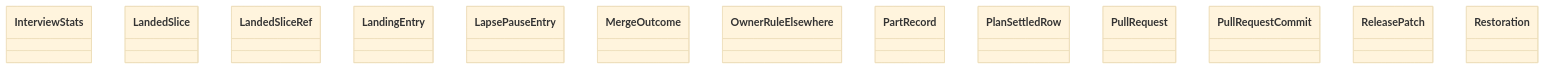
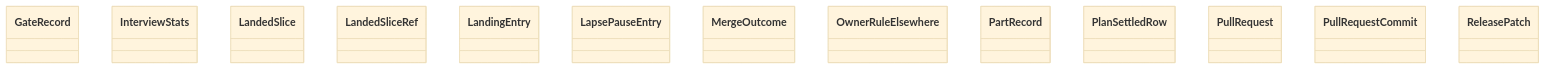
One commit to GonzaloZevallos/agentic-system changed the diagram in docs/architecture/generated/classes-process-domain-state-4.md. Above: the diagram before and after it, drawn with Mermaid (base theme). The commit also changed 12 other files, not shown here.

````diff
--- a/docs/architecture/generated/classes-process-domain-state-4.md
+++ b/docs/architecture/generated/classes-process-domain-state-4.md
@@ -20,16 +20,16 @@
 ```mermaid
 classDiagram
+    class task__GateRecord["GateRecord"]
     class task__InterviewStats["InterviewStats"]
     class task__LandedSlice["LandedSlice"]
     class task__LandedSliceRef["LandedSliceRef"]
     class task__LandingEntry["LandingEntry"]
     class task__LapsePauseEntry["LapsePauseEntry"]
     class task__MergeOutcome["MergeOutcome"]
     class task__OwnerRuleElsewhere["OwnerRuleElsewhere"]
     class task__PartRecord["PartRecord"]
     class task__PlanSettledRow["PlanSettledRow"]
     class task__PullRequest["PullRequest"]
     class task__PullRequestCommit["PullRequestCommit"]
     class task__ReleasePatch["ReleasePatch"]
-    class task__Restoration["Restoration"]
 ```
````
